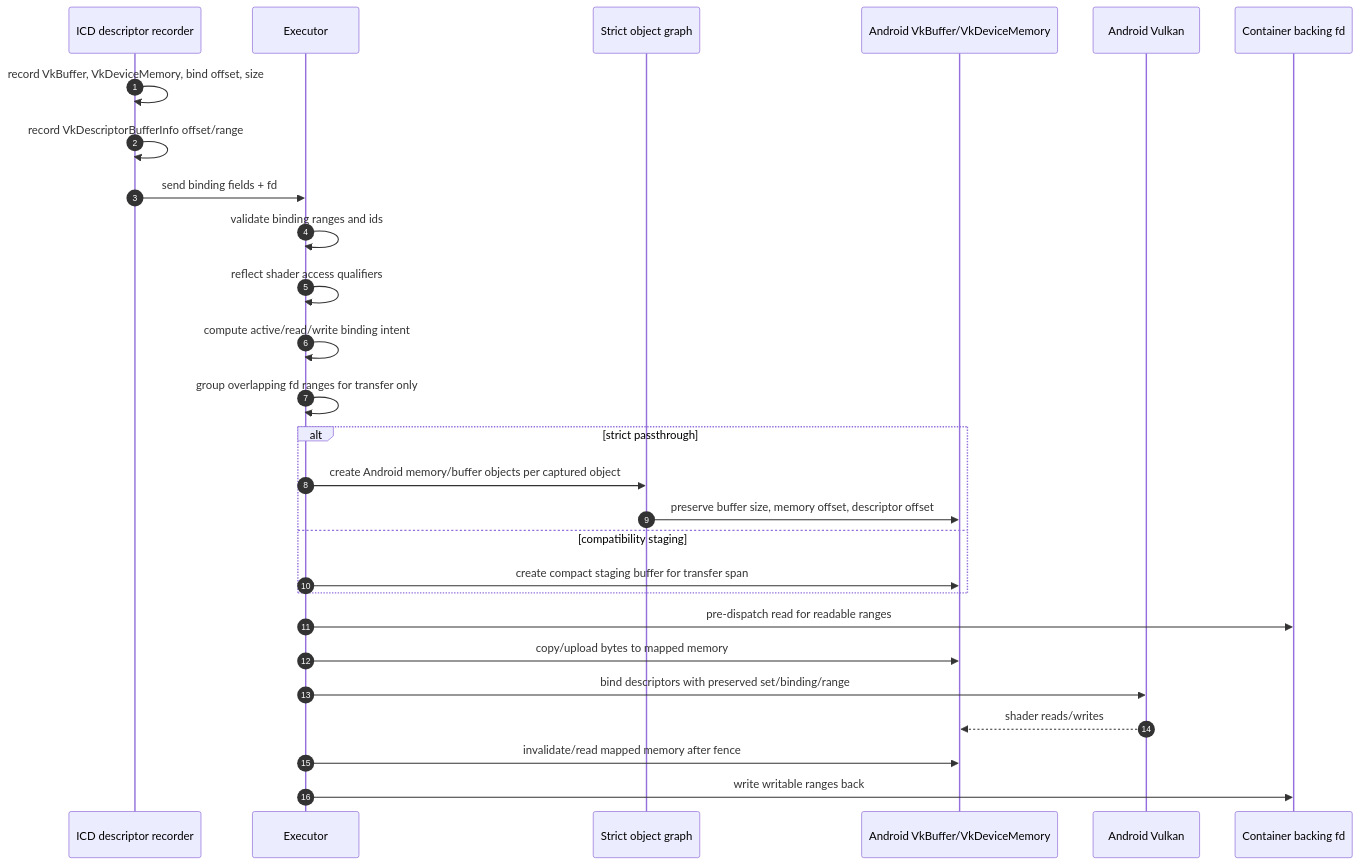
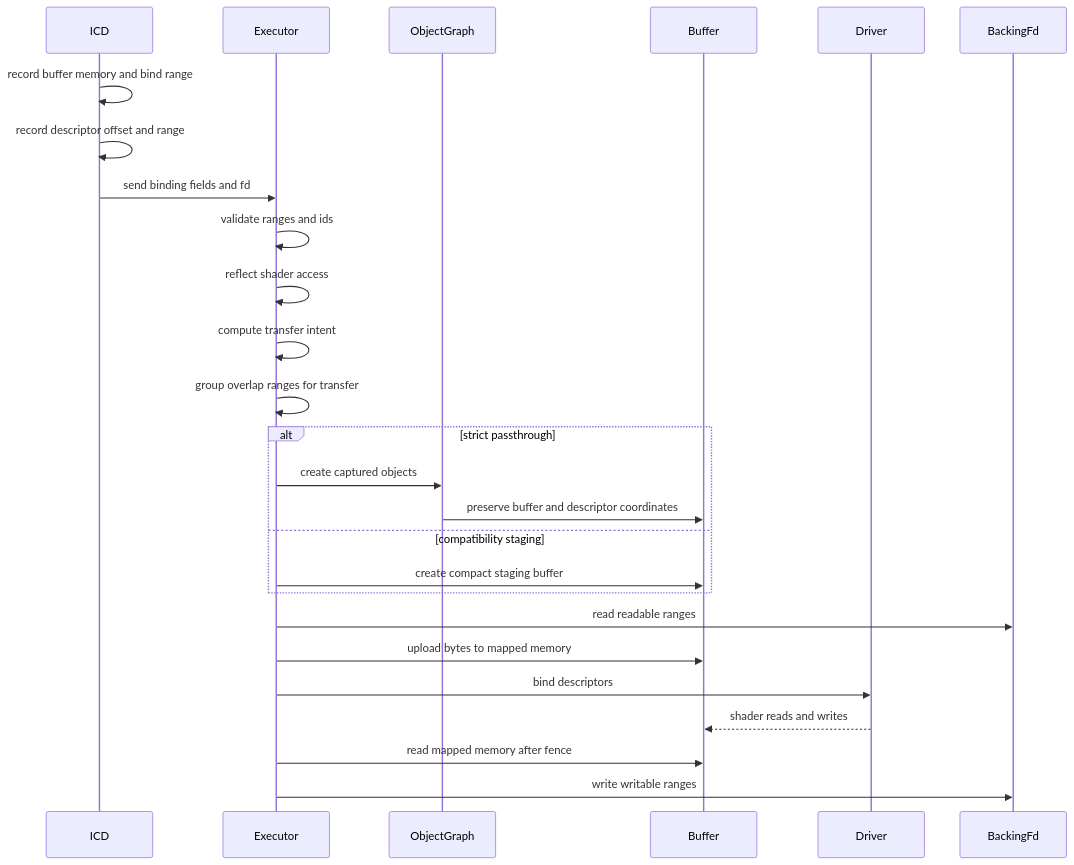
Before and after one commit to ryo100794/skydnir: the fourth of 6 diagrams in docs/design/VULKAN_BRIDGE_SEQUENCE.md, drawn with Mermaid. The commit also changed other lines of this file and 7 other files, not shown here.

````diff
--- a/docs/design/VULKAN_BRIDGE_SEQUENCE.md
+++ b/docs/design/VULKAN_BRIDGE_SEQUENCE.md
@@ -193,33 +191,32 @@
 ```mermaid
 sequenceDiagram
-    autonumber
-    participant ICD as ICD descriptor recorder
-    participant Exec as Executor
-    participant Obj as Strict object graph
-    participant Buf as Android VkBuffer/VkDeviceMemory
-    participant Vk as Android Vulkan
-    participant FD as Container backing fd
+    participant ICD
+    participant Executor
+    participant ObjectGraph
+    participant Buffer
+    participant Driver
+    participant BackingFd
 
-    ICD->>ICD: record VkBuffer, VkDeviceMemory, bind offset, size
-    ICD->>ICD: record VkDescriptorBufferInfo offset/range
-    ICD->>Exec: send binding fields + fd
+    ICD->>ICD: record buffer memory and bind range
+    ICD->>ICD: record descriptor offset and range
+    ICD->>Executor: send binding fields and fd
 
-    Exec->>Exec: validate binding ranges and ids
-    Exec->>Exec: reflect shader access qualifiers
-    Exec->>Exec: compute active/read/write binding intent
-    Exec->>Exec: group overlapping fd ranges for transfer only
+    Executor->>Executor: validate ranges and ids
+    Executor->>Executor: reflect shader access
+    Executor->>Executor: compute transfer intent
+    Executor->>Executor: group overlap ranges for transfer
 
     alt strict passthrough
-        Exec->>Obj: create Android memory/buffer objects per captured object
-        Obj->>Buf: preserve buffer size, memory offset, descriptor offset
+        Executor->>ObjectGraph: create captured objects
+        ObjectGraph->>Buffer: preserve buffer and descriptor coordinates
     else compatibility staging
-        Exec->>Buf: create compact staging buffer for transfer span
+        Executor->>Buffer: create compact staging buffer
     end
 
-    Exec->>FD: pre-dispatch read for readable ranges
-    Exec->>Buf: copy/upload bytes to mapped memory
-    Exec->>Vk: bind descriptors with preserved set/binding/range
-    Vk-->>Buf: shader reads/writes
-    Exec->>Buf: invalidate/read mapped memory after fence
-    Exec->>FD: write writable ranges back
+    Executor->>BackingFd: read readable ranges
+    Executor->>Buffer: upload bytes to mapped memory
+    Executor->>Driver: bind descriptors
+    Driver-->>Buffer: shader reads and writes
+    Executor->>Buffer: read mapped memory after fence
+    Executor->>BackingFd: write writable ranges
 ```
````
